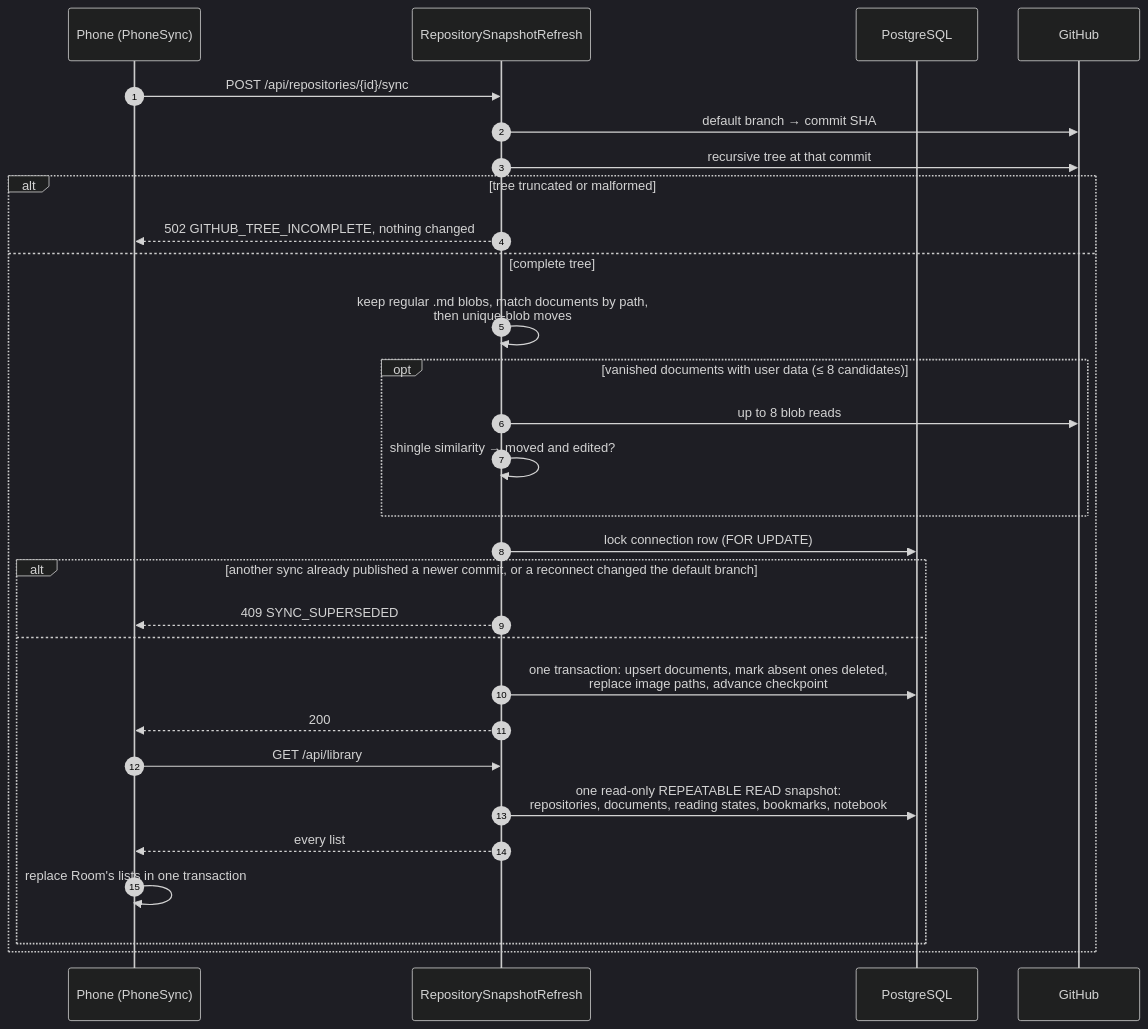
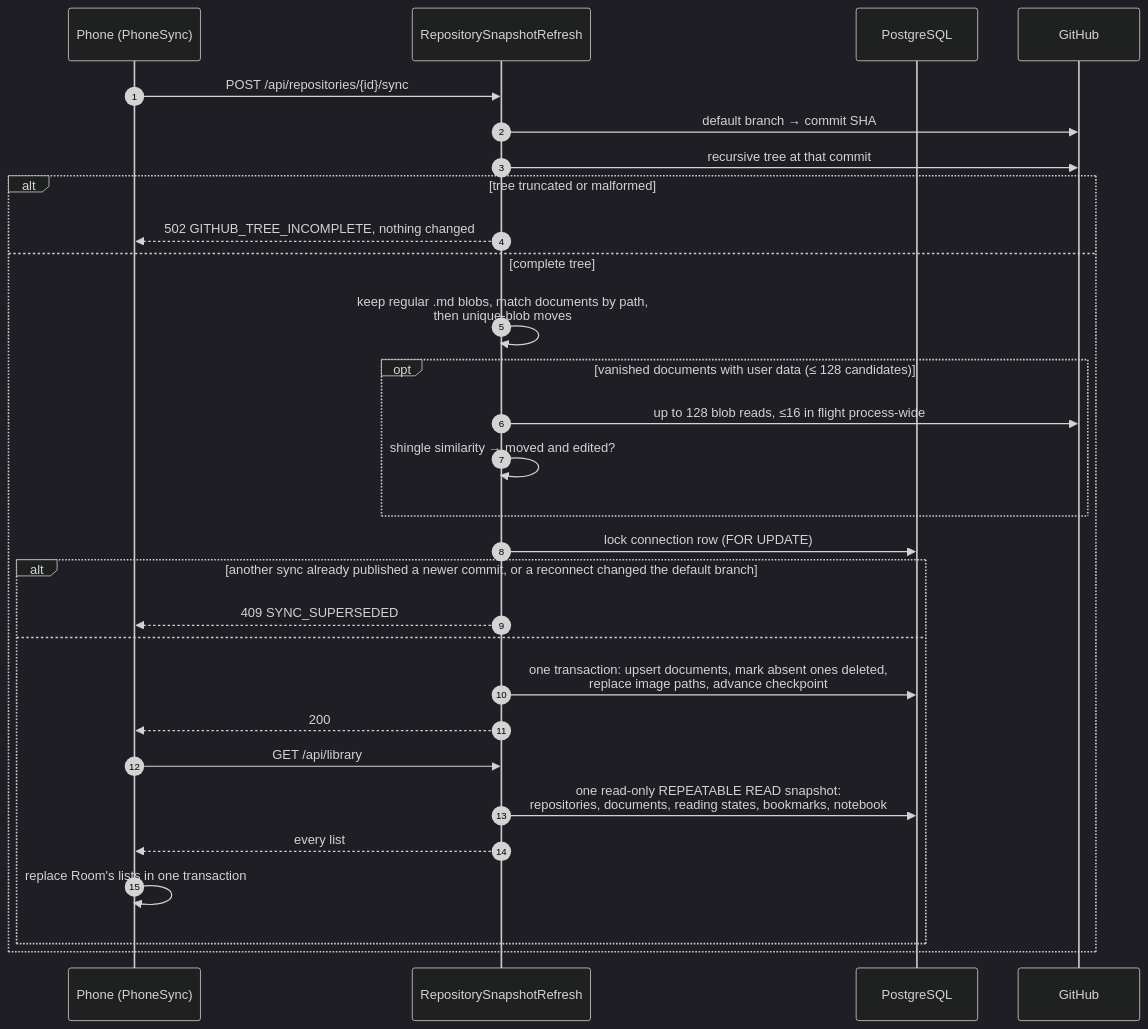
The seventh of 12 diagrams in docs/architecture.md (jaxwong/reporead), drawn with Mermaid (dark theme) before and after one commit. The commit also changed 5 other files, not shown here.

````diff
--- a/docs/architecture.md
+++ b/docs/architecture.md
@@ -448,32 +448,32 @@
 ```mermaid
 sequenceDiagram
     autonumber
     participant App as Phone (PhoneSync)
     participant API as RepositorySnapshotRefresh
     participant DB as PostgreSQL
     participant GH as GitHub
 
     App->>API: POST /api/repositories/{id}/sync
     API->>GH: default branch → commit SHA
     API->>GH: recursive tree at that commit
     alt tree truncated or malformed
         API-->>App: 502 GITHUB_TREE_INCOMPLETE, nothing changed
     else complete tree
         API->>API: keep regular .md blobs, match documents by path,<br/>then unique-blob moves
-        opt vanished documents with user data (≤ 8 candidates)
-            API->>GH: up to 8 blob reads
+        opt vanished documents with user data (≤ 128 candidates)
+            API->>GH: up to 128 blob reads, ≤16 in flight process-wide
             API->>API: shingle similarity → moved and edited?
         end
         API->>DB: lock connection row (FOR UPDATE)
         alt another sync already published a newer commit, or a reconnect changed the default branch
             API-->>App: 409 SYNC_SUPERSEDED
         else
             API->>DB: one transaction: upsert documents, mark absent ones deleted,<br/>replace image paths, advance checkpoint
             API-->>App: 200
             App->>API: GET /api/library
             API->>DB: one read-only REPEATABLE READ snapshot:<br/>repositories, documents, reading states, bookmarks, notebook
             API-->>App: every list
             App->>App: replace Room's lists in one transaction
         end
     end
 ```
````
